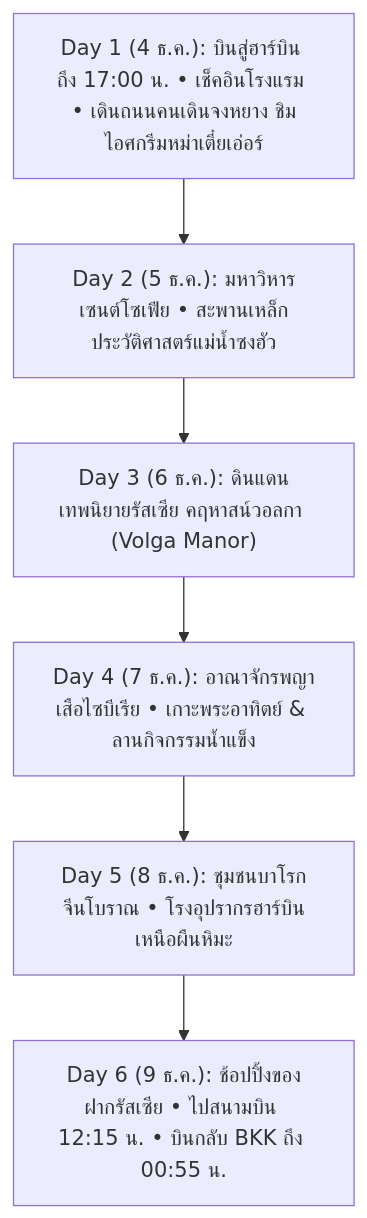
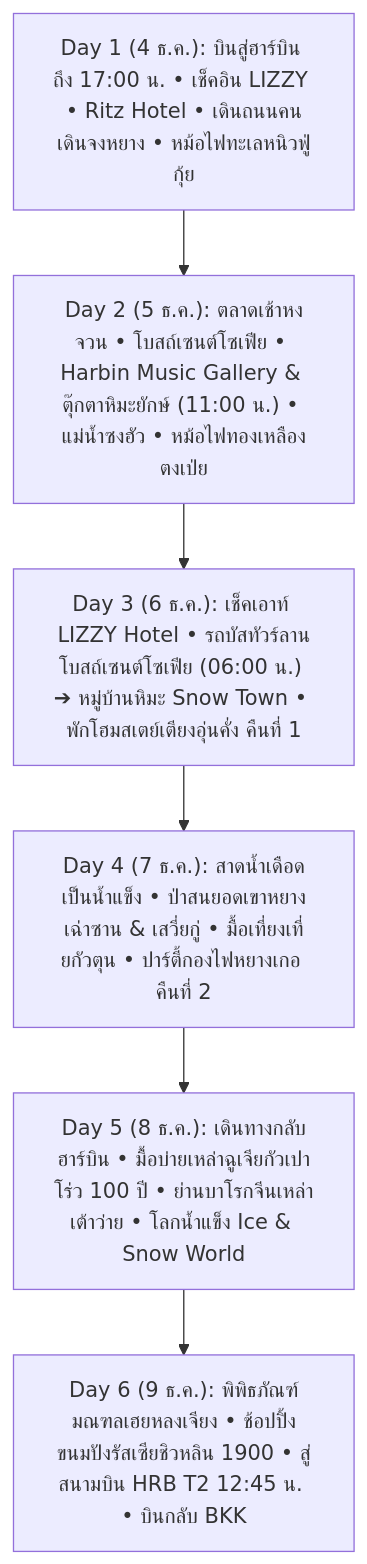
Before and after one commit to gigadoy2016/Travel: the diagram in 2026/Plan_05_Harbin.md, drawn with Mermaid. The commit also changed other lines of this file and 4 other files, not shown here.

Commit message:
update snow town

````diff
--- a/2026/Plan_05_Harbin.md
+++ b/2026/Plan_05_Harbin.md
@@ -54,8 +54,8 @@
 ```mermaid
 graph TD
-    D1["Day 1 (4 ธ.ค.): บินสู่ฮาร์บิน ถึง 17:00 น. • เช็คอินโรงแรม • เดินถนนคนเดินจงหยาง ชิมไอศกรีมหม่าเตี๋ยเอ่อร์"] --> D2["Day 2 (5 ธ.ค.): มหาวิหารเซนต์โซเฟีย • สะพานเหล็กประวัติศาสตร์แม่น้ำซงฮัว"]
-    D2 --> D3["Day 3 (6 ธ.ค.): ดินแดนเทพนิยายรัสเซีย คฤหาสน์วอลกา (Volga Manor)"]
-    D3 --> D4["Day 4 (7 ธ.ค.): อาณาจักรพญาเสือไซบีเรีย • เกาะพระอาทิตย์ & ลานกิจกรรมน้ำแข็ง"]
-    D4 --> D5["Day 5 (8 ธ.ค.): ชุมชนบาโรกจีนโบราณ • โรงอุปรากรฮาร์บินเหนือผืนหิมะ"]
-    D5 --> D6["Day 6 (9 ธ.ค.): ช้อปปิ้งของฝากรัสเซีย • ไปสนามบิน 12:15 น. • บินกลับ BKK ถึง 00:55 น."]
+    D1["Day 1 (4 ธ.ค.): บินสู่ฮาร์บิน ถึง 17:00 น. • เช็คอิน LIZZY • Ritz Hotel • เดินถนนคนเดินจงหยาง • หม้อไฟทะเลหนิวฟู่กุ้ย"] --> D2["Day 2 (5 ธ.ค.): ตลาดเช้าหงจวน • โบสถ์เซนต์โซเฟีย • Harbin Music Gallery & ตุ๊กตาหิมะยักษ์ (11:00 น.) • แม่น้ำซงฮัว • หม้อไฟทองเหลืองตงเป่ย"]
+    D2 --> D3["Day 3 (6 ธ.ค.): เช็คเอาท์ LIZZY Hotel • รถบัสทัวร์ลานโบสถ์เซนต์โซเฟีย (06:00 น.) ➔ หมู่บ้านหิมะ Snow Town • พักโฮมสเตย์เตียงอุ่นคั่ง คืนที่ 1"]
+    D3 --> D4["Day 4 (7 ธ.ค.): สาดน้ำเดือดเป็นน้ำแข็ง • ป่าสนยอดเขาหยางเฉ่าซาน & เสวี่ยกู่ • มื้อเที่ยงเที่ยกัวตุน • ปาร์ตี้กองไฟหยางเกอ คืนที่ 2"]
+    D4 --> D5["Day 5 (8 ธ.ค.): เดินทางกลับฮาร์บิน • มื้อบ่ายเหล่าฉูเจียกัวเปาโร่ว 100 ปี • ย่านบาโรกจีนเหล่าเต้าว่าย • โลกน้ำแข็ง Ice & Snow World"]
+    D5 --> D6["Day 6 (9 ธ.ค.): พิพิธภัณฑ์มณฑลเฮยหลงเจียง • ช้อปปิ้งขนมปังรัสเซียชิวหลิน 1900 • สู่สนามบิน HRB T2 12:45 น. • บินกลับ BKK"]
 ```
````
